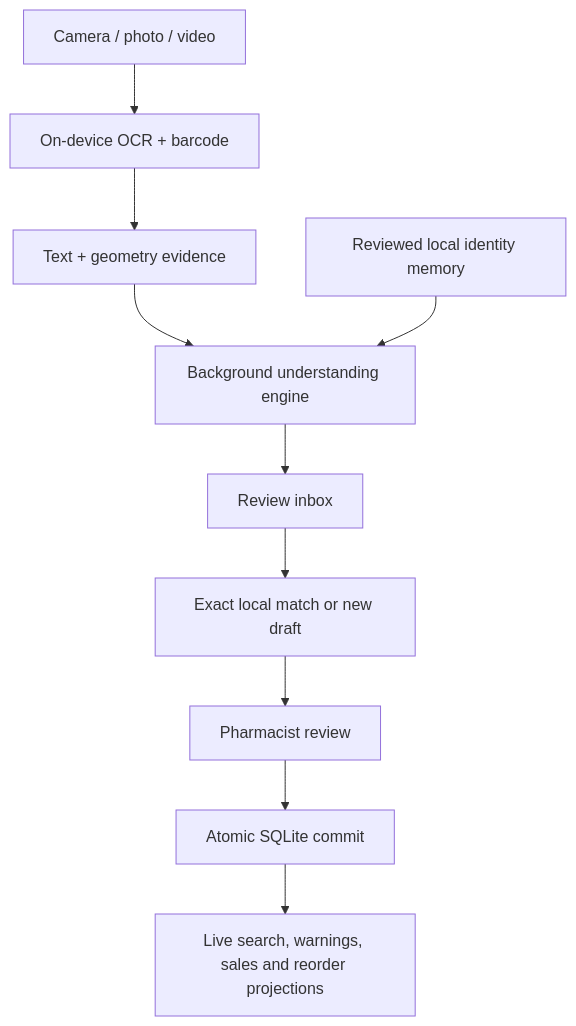
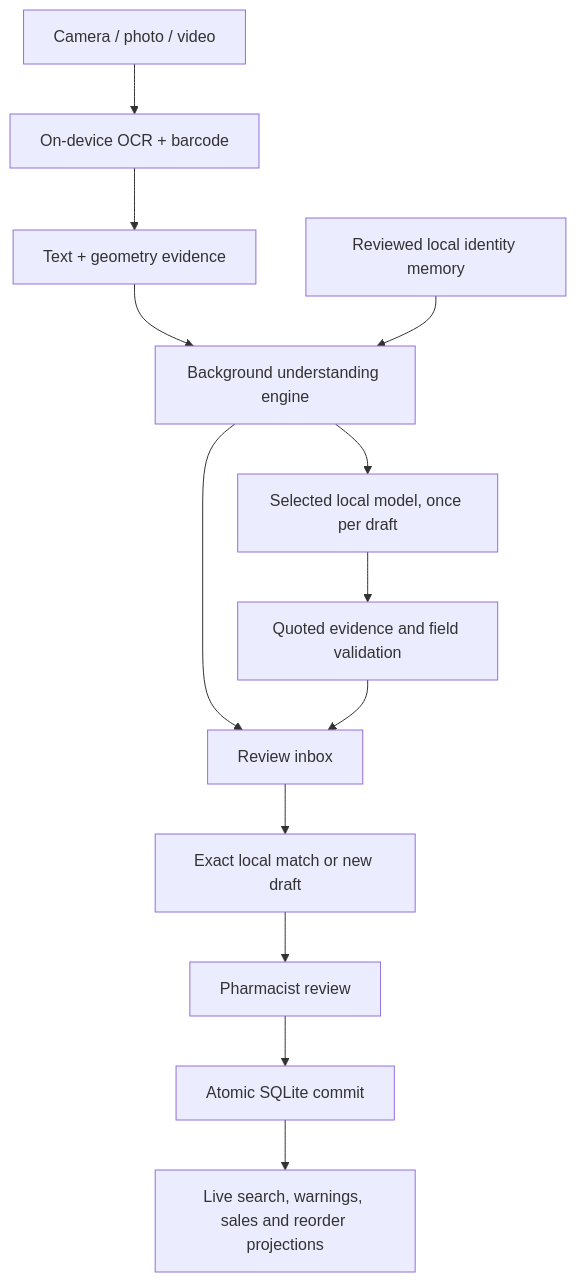
One commit to warishakhan3548-hash/updating-repository changed the diagram in docs/CODEBASE_TREE.md. Above: the diagram before and after it, drawn with Mermaid. The commit also changed other lines of this file and 30 other files, not shown here.

````diff
--- a/docs/CODEBASE_TREE.md
+++ b/docs/CODEBASE_TREE.md
@@ -42,12 +27,15 @@
 ```mermaid
 flowchart TD
   C["Camera / photo / video"] --> V["On-device OCR + barcode"]
   V --> E["Text + geometry evidence"]
   E --> U["Background understanding engine"]
   K["Reviewed local identity memory"] --> U
   U --> I["Review inbox"]
+  U --> L["Selected local model, once per draft"]
+  L --> Q["Quoted evidence and field validation"]
+  Q --> I
   I --> M["Exact local match or new draft"]
   M --> R["Pharmacist review"]
   R --> D["Atomic SQLite commit"]
   D --> P["Live search, warnings, sales and reorder projections"]
 ```
````
